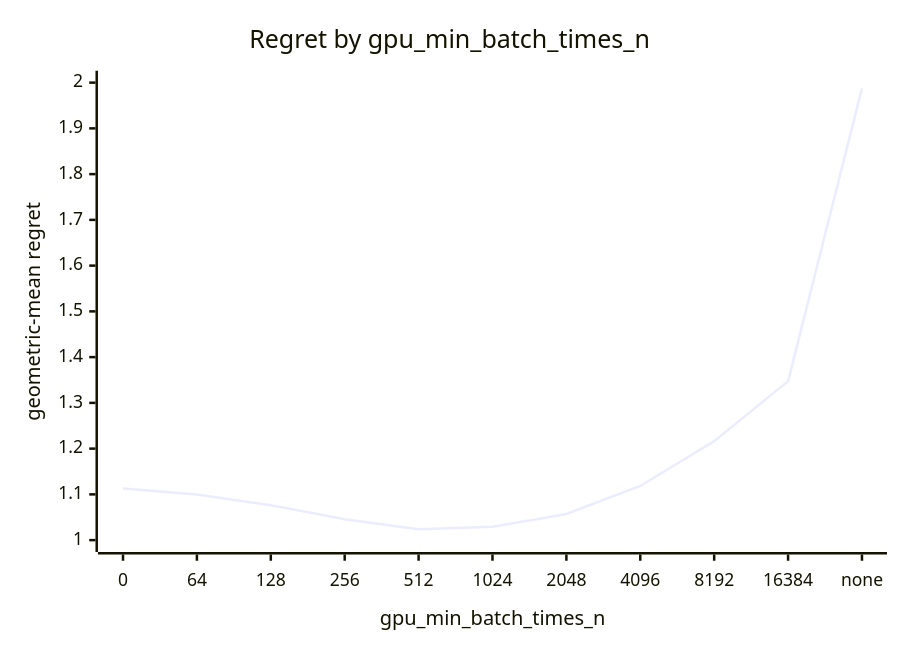
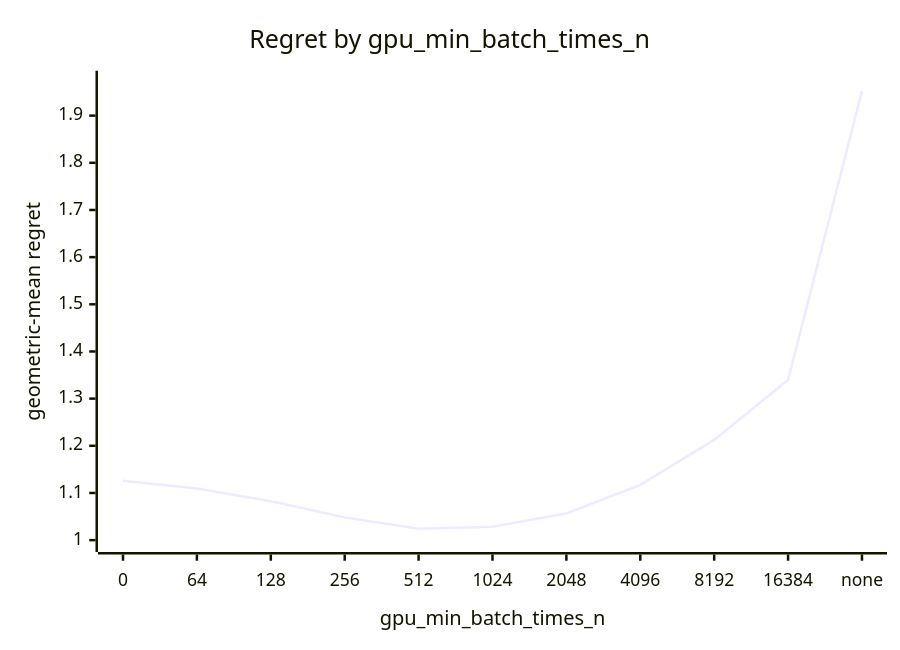
The third of 5 diagrams in docs/results/apple-m5-pro-20gpu/combined/eigh/report.md (c0rmac/metal-linalg), drawn with Mermaid before and after one commit. The commit also changed other lines of this file and 7 other files, not shown here.

````diff
--- a/docs/results/apple-m5-pro-20gpu/combined/eigh/report.md
+++ b/docs/results/apple-m5-pro-20gpu/combined/eigh/report.md
@@ -142,7 +146,7 @@
 ```mermaid
 xychart-beta
     title "Regret by gpu_min_batch_times_n"
     x-axis "gpu_min_batch_times_n" [0, 64, 128, 256, 512, 1024, 2048, 4096, 8192, 16384, none]
-    y-axis "geometric-mean regret" 1.0 --> 2.00
-    line [1.1129, 1.0995, 1.0764, 1.0457, 1.0236, 1.0291, 1.0571, 1.1184, 1.2163, 1.3474, 1.9875]
+    y-axis "geometric-mean regret" 1.0 --> 1.97
+    line [1.1259, 1.1094, 1.0826, 1.0482, 1.0241, 1.0284, 1.0566, 1.1173, 1.2125, 1.3398, 1.9521]
 ```
````
